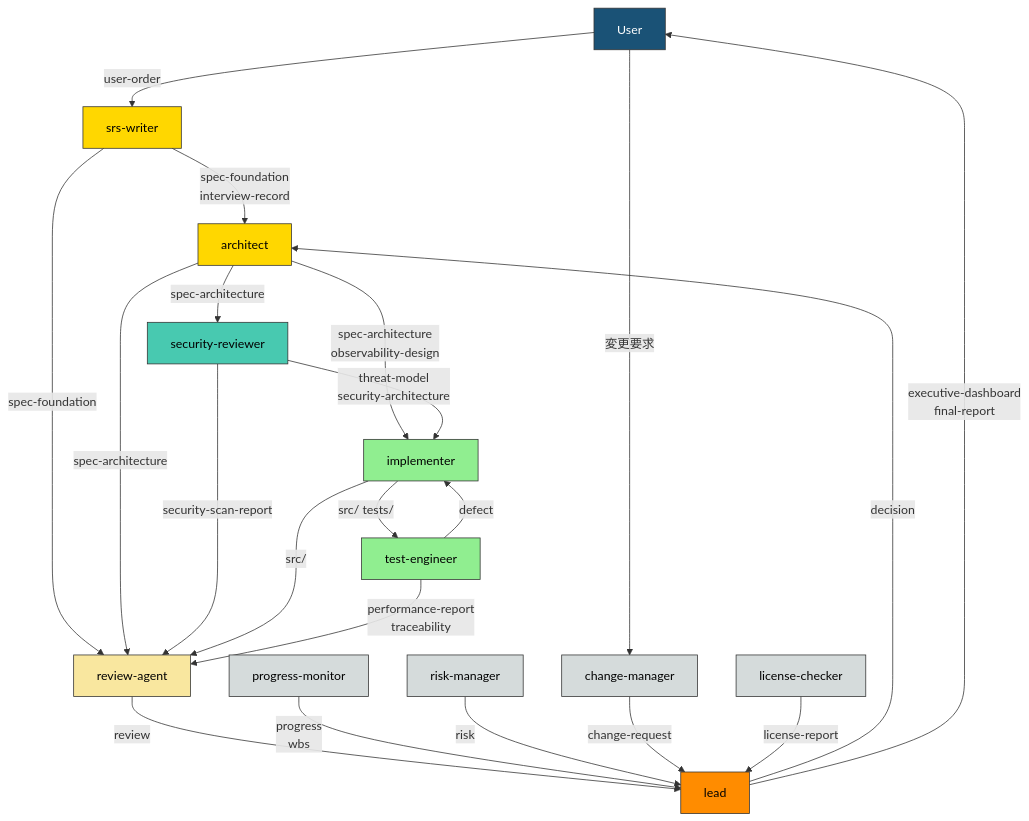
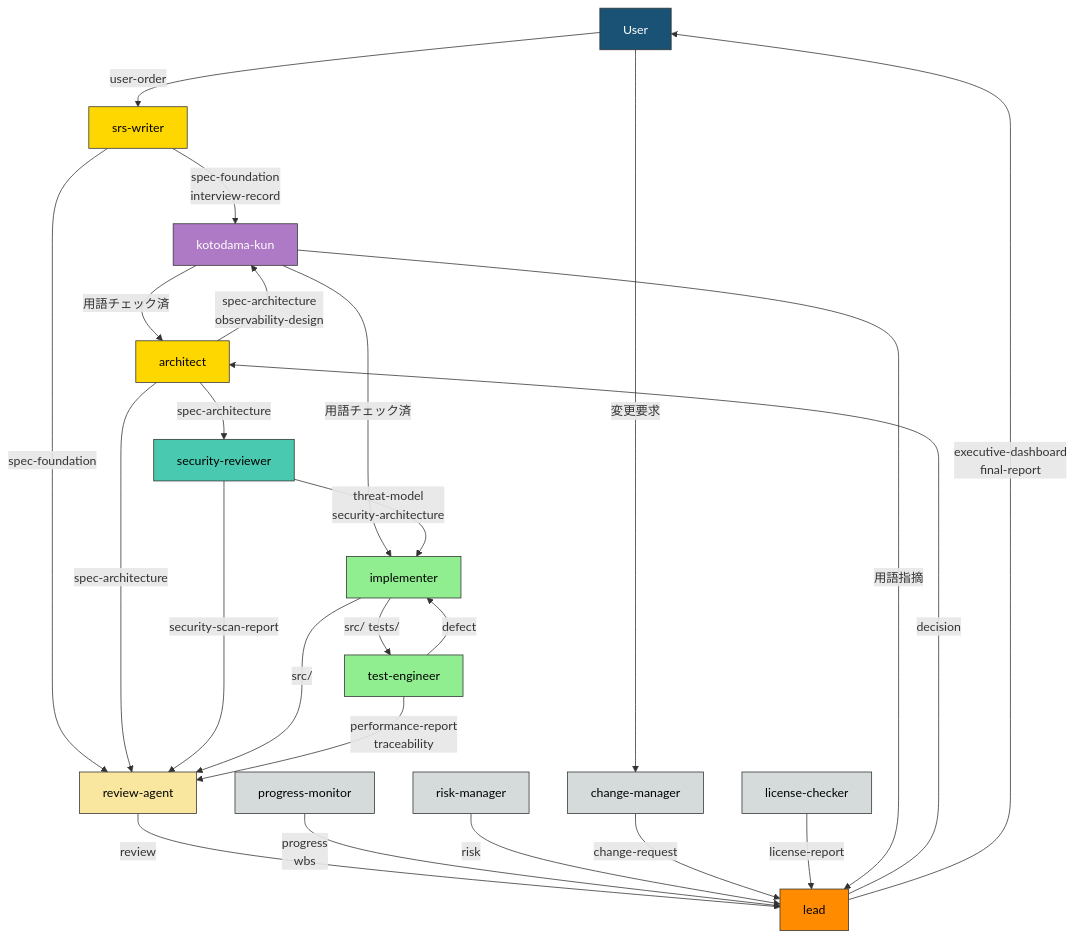
Before and after one commit to GoodRelax/claude-code-full-auto-dev: the diagram in process-rules/agent-list-ja.md, drawn with Mermaid. The commit also changed other lines of this file and 22 other files, not shown here.

````diff
--- a/process-rules/agent-list-ja.md
+++ b/process-rules/agent-list-ja.md
@@ -129,49 +130,54 @@
 ```mermaid
 flowchart TD
     User["User"]
     Lead["lead"]
     SRS["srs-writer"]
     Arch["architect"]
     Sec["security-reviewer"]
     Impl["implementer"]
     Test["test-engineer"]
     Rev["review-agent"]
     PM["progress-monitor"]
     CM["change-manager"]
     RM["risk-manager"]
     Lic["license-checker"]
+    Koto["kotodama-kun"]
 
     User -->|"user-order"| SRS
-    SRS -->|"spec-foundation<br/>interview-record"| Arch
+    SRS -->|"spec-foundation<br/>interview-record"| Koto
+    Koto -->|"用語チェック済"| Arch
     SRS -->|"spec-foundation"| Rev
-    Arch -->|"spec-architecture<br/>observability-design"| Impl
+    Arch -->|"spec-architecture<br/>observability-design"| Koto
+    Koto -->|"用語チェック済"| Impl
     Arch -->|"spec-architecture"| Rev
     Arch -->|"spec-architecture"| Sec
     Sec -->|"threat-model<br/>security-architecture"| Impl
     Sec -->|"security-scan-report"| Rev
     Impl -->|"src/ tests/"| Test
     Impl -->|"src/"| Rev
     Test -->|"defect"| Impl
     Test -->|"performance-report<br/>traceability"| Rev
     Rev -->|"review"| Lead
     PM -->|"progress<br/>wbs"| Lead
     RM -->|"risk"| Lead
     CM -->|"change-request"| Lead
     Lic -->|"license-report"| Lead
+    Koto -->|"用語指摘"| Lead
     Lead -->|"decision"| Arch
     Lead -->|"executive-dashboard<br/>final-report"| User
     User -->|"変更要求"| CM
 
     style User fill:#1a5276,stroke:#333,color:#fff
     style Lead fill:#FF8C00,stroke:#333,color:#000
     style SRS fill:#FFD700,stroke:#333,color:#000
     style Arch fill:#FFD700,stroke:#333,color:#000
     style Sec fill:#48c9b0,stroke:#333,color:#000
     style Impl fill:#90EE90,stroke:#333,color:#000
     style Test fill:#90EE90,stroke:#333,color:#000
     style Rev fill:#f9e79f,stroke:#333,color:#000
     style PM fill:#d5dbdb,stroke:#333,color:#000
     style CM fill:#d5dbdb,stroke:#333,color:#000
     style RM fill:#d5dbdb,stroke:#333,color:#000
     style Lic fill:#d5dbdb,stroke:#333,color:#000
+    style Koto fill:#af7ac5,stroke:#333,color:#fff
 ```
````
